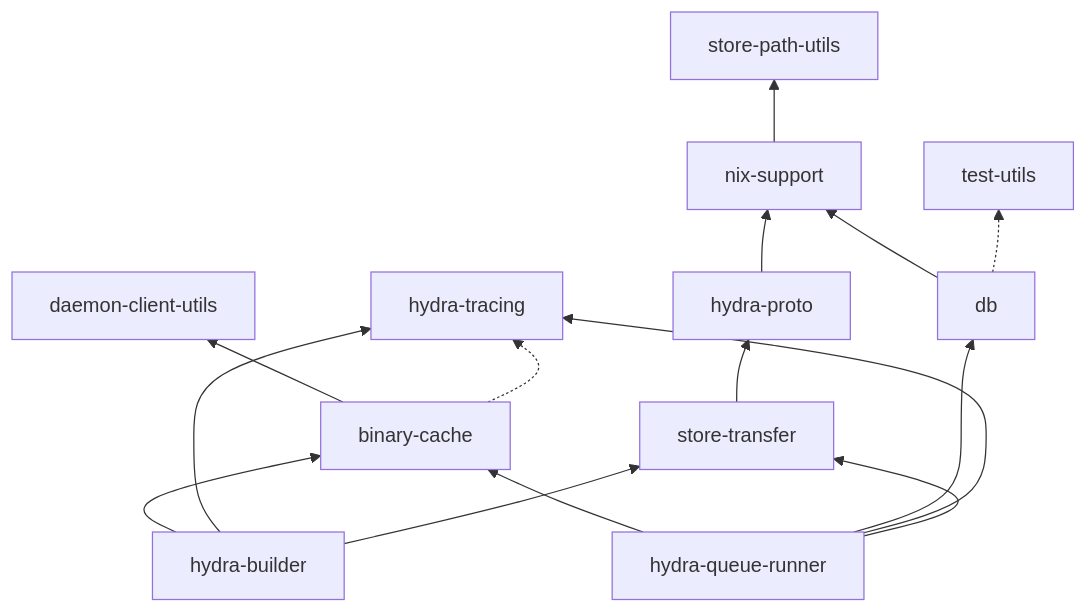
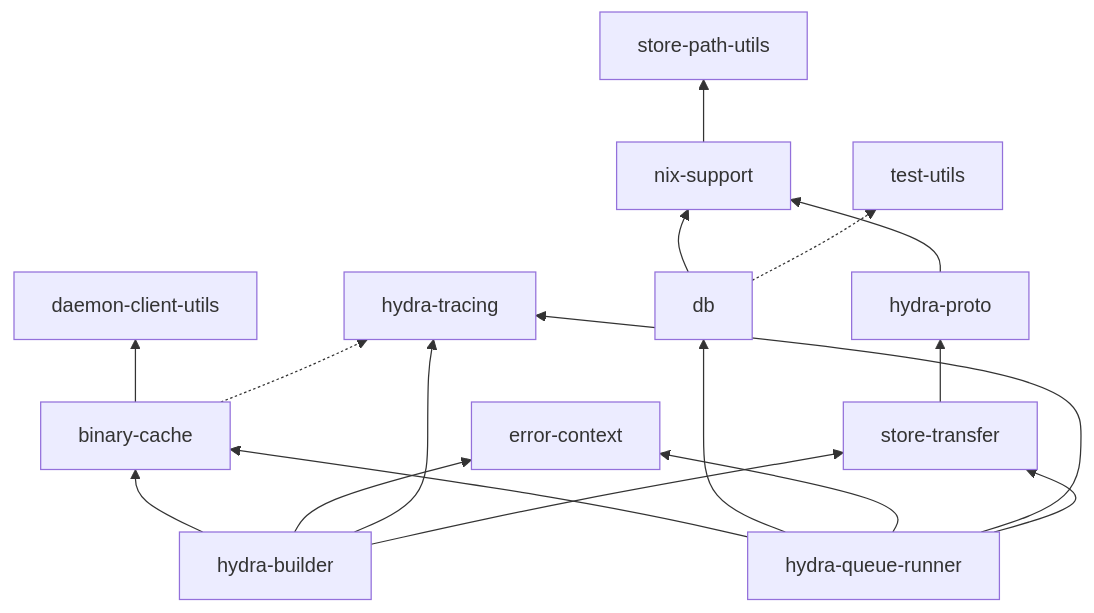
One commit to NixOS/hydra changed the diagram in subprojects/hydra-manual/src/architecture.md. Above: the diagram before and after it, drawn with Mermaid. The commit also changed 25 other files, not shown here.

````diff
--- a/subprojects/hydra-manual/src/architecture.md
+++ b/subprojects/hydra-manual/src/architecture.md
@@ -62,17 +62,19 @@
 ```mermaid
 graph BT
     binary-cache --> daemon-client-utils
     nix-support --> store-path-utils
     db --> nix-support
     hydra-proto --> nix-support
     store-transfer --> hydra-proto
     hydra-builder --> binary-cache
+    hydra-builder --> error-context
     hydra-builder --> hydra-tracing
     hydra-builder --> store-transfer
     hydra-queue-runner --> binary-cache
     hydra-queue-runner --> db
+    hydra-queue-runner --> error-context
     hydra-queue-runner --> hydra-tracing
     hydra-queue-runner --> store-transfer
     binary-cache -.-> hydra-tracing
     db -.-> test-utils
 ```
````
